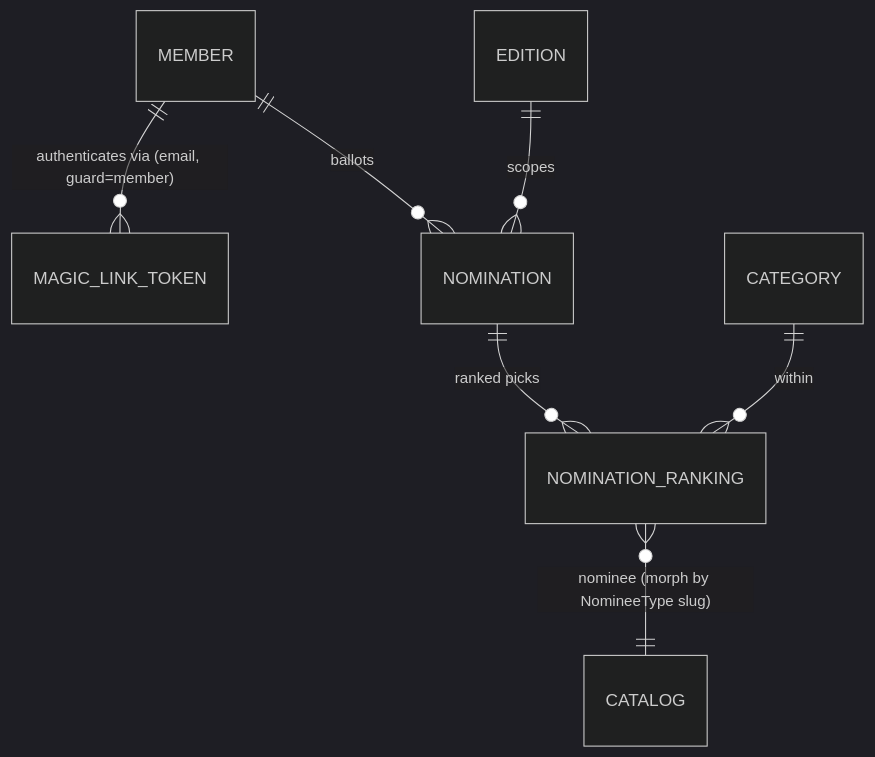
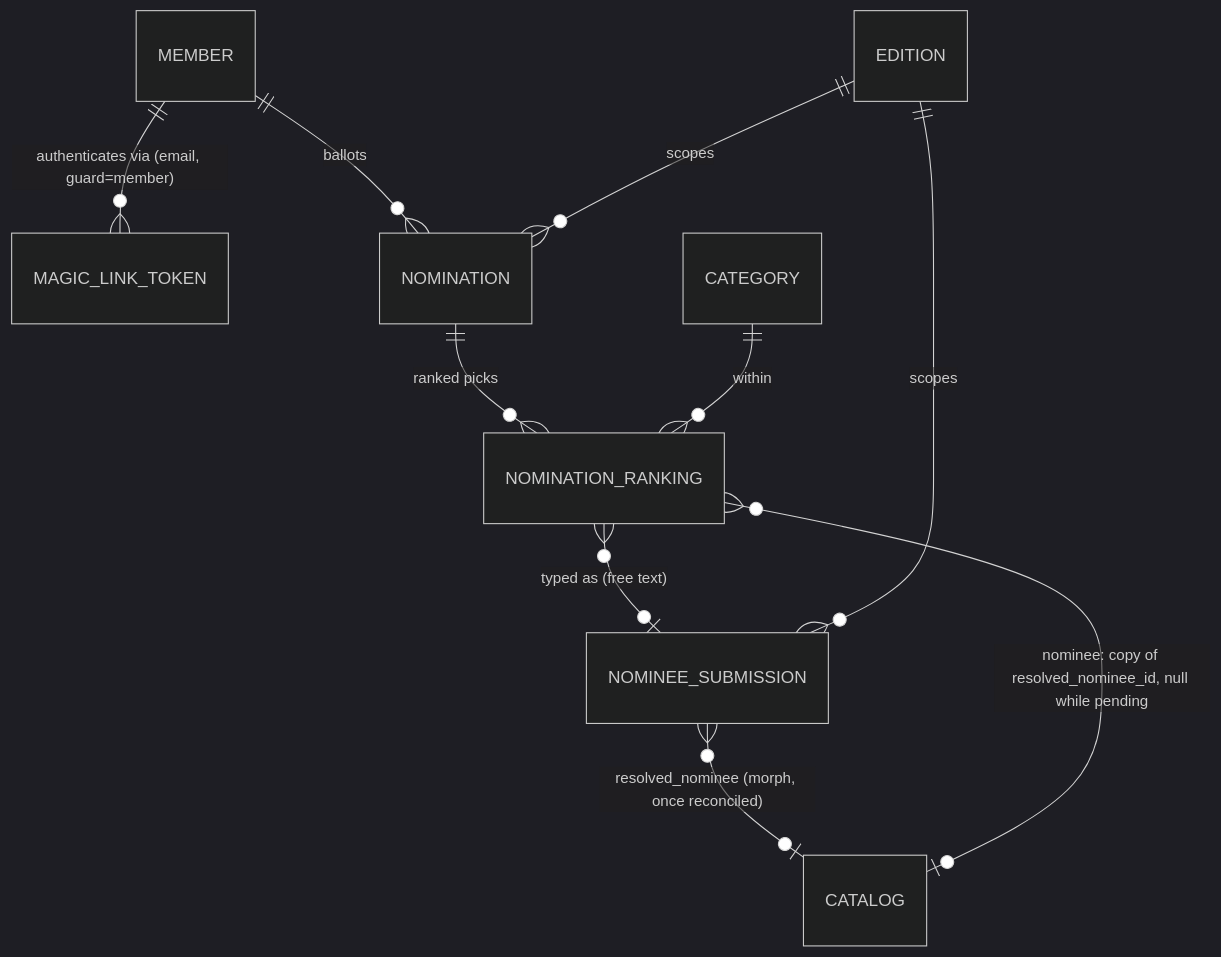
Before and after one commit to soma-labs/rominas-api: the fifth of 8 diagrams in docs/domain-model.md, drawn with Mermaid (dark theme). The commit also changed other lines of this file, not shown here.

First line of the commit message:
Show NomineeSubmission's relationships in the domain-model docs

````diff
--- a/docs/domain-model.md
+++ b/docs/domain-model.md
@@ -273,9 +311,12 @@
 ```mermaid
 erDiagram
     MEMBER ||--o{ MAGIC_LINK_TOKEN : "authenticates via (email, guard=member)"
     MEMBER ||--o{ NOMINATION : "ballots"
     EDITION ||--o{ NOMINATION : "scopes"
     NOMINATION ||--o{ NOMINATION_RANKING : "ranked picks"
     CATEGORY ||--o{ NOMINATION_RANKING : "within"
-    NOMINATION_RANKING }o--|| CATALOG : "nominee (morph by NomineeType slug)"
+    NOMINATION_RANKING }o--o| NOMINEE_SUBMISSION : "typed as (free text)"
+    EDITION ||--o{ NOMINEE_SUBMISSION : "scopes"
+    NOMINEE_SUBMISSION }o--o| CATALOG : "resolved_nominee (morph, once reconciled)"
+    NOMINATION_RANKING }o--o| CATALOG : "nominee: copy of resolved_nominee_id, null while pending"
 ```
````
